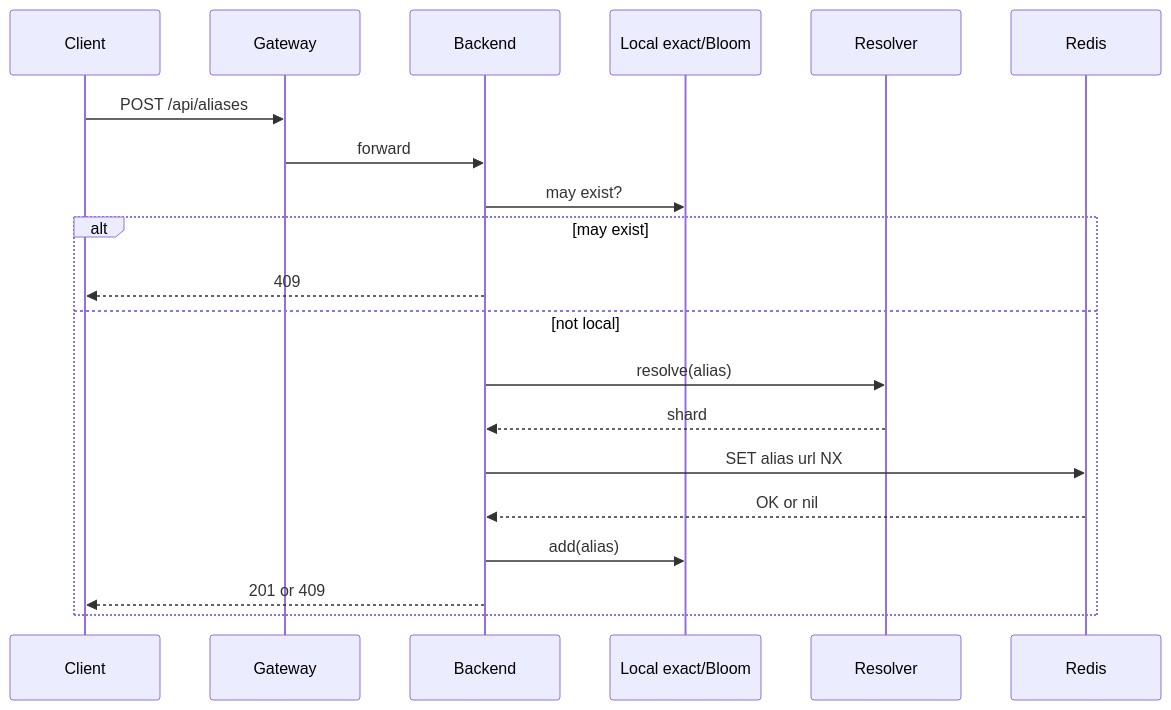
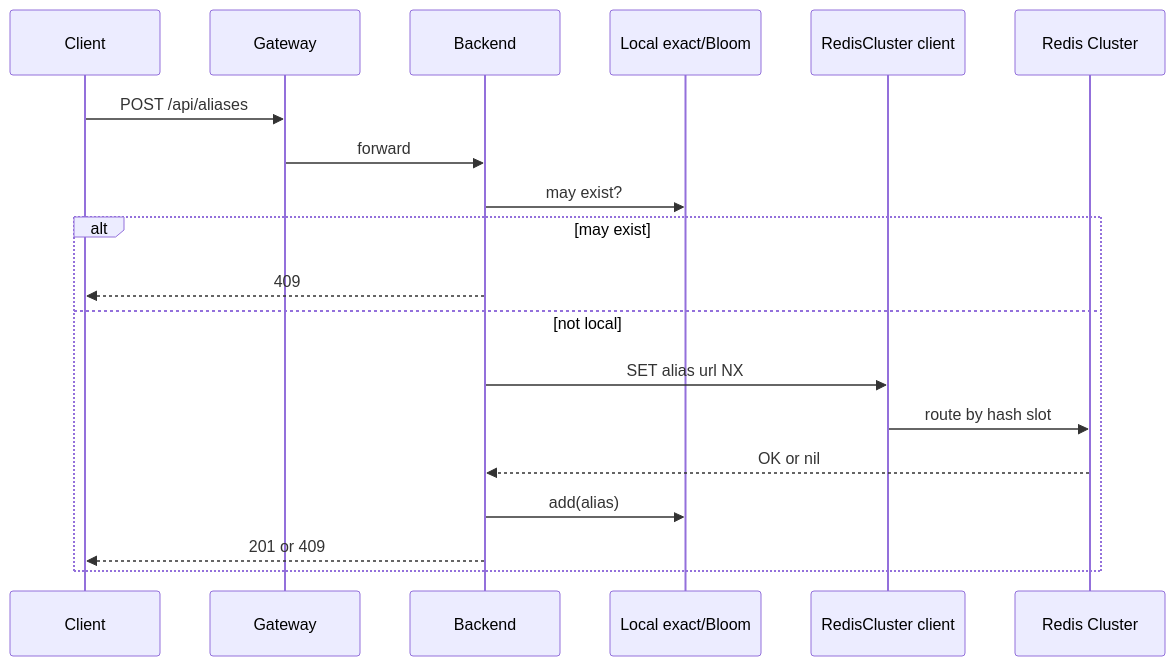
The third of 4 diagrams in variants/distributed/README.md (sumiredc/alias-url), drawn with Mermaid before and after one commit. The commit also changed other lines of this file and 27 other files, not shown here.

````diff
--- a/variants/distributed/README.md
+++ b/variants/distributed/README.md
@@ -48,23 +47,22 @@
 ```mermaid
 sequenceDiagram
     participant Client
     participant Gateway
     participant Backend
     participant Filter as Local exact/Bloom
-    participant Resolver
-    participant Redis
+    participant Cluster as RedisCluster client
+    participant Redis as Redis Cluster
 
     Client->>Gateway: POST /api/aliases
     Gateway->>Backend: forward
     Backend->>Filter: may exist?
     alt may exist
         Backend-->>Client: 409
     else not local
-        Backend->>Resolver: resolve(alias)
-        Resolver-->>Backend: shard
-        Backend->>Redis: SET alias url NX
+        Backend->>Cluster: SET alias url NX
+        Cluster->>Redis: route by hash slot
         Redis-->>Backend: OK or nil
         Backend->>Filter: add(alias)
         Backend-->>Client: 201 or 409
     end
 ```
````
